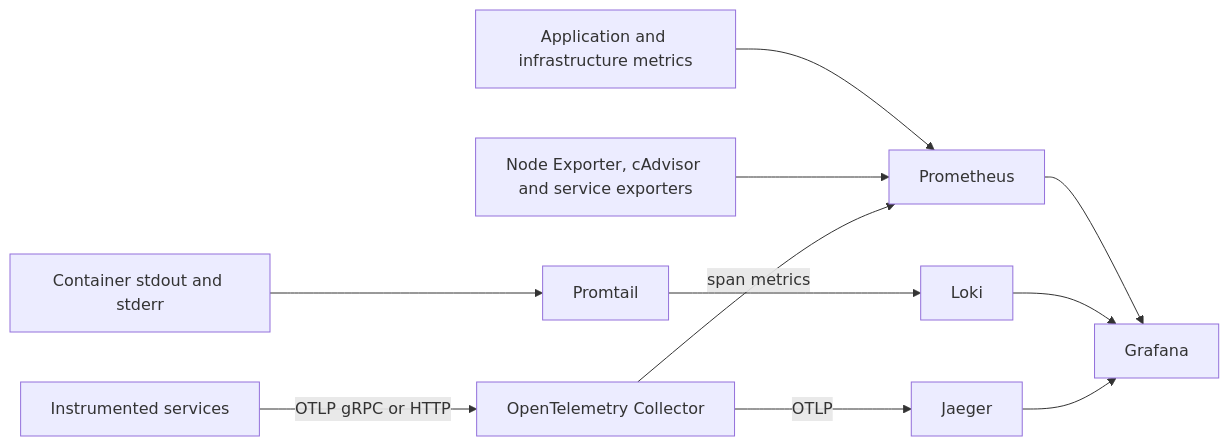
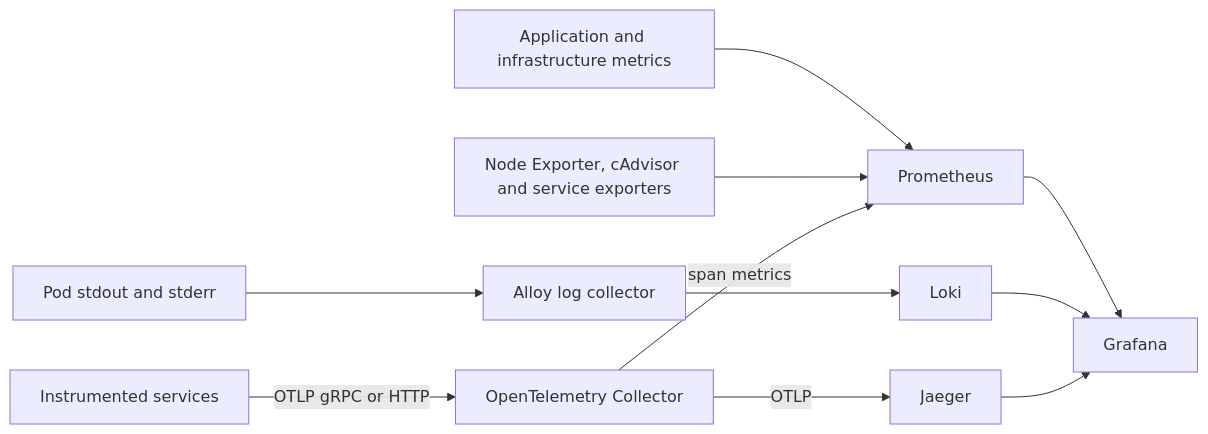
One commit to zlovtnik/ssl-proxy changed the diagram in docs/observability-architecture-jaeger.md. Above: the diagram before and after it, drawn with Mermaid. The commit also changed other lines of this file and 26 other files, not shown here.

````diff
--- a/docs/observability-architecture-jaeger.md
+++ b/docs/observability-architecture-jaeger.md
@@ -9,16 +9,16 @@
 ```mermaid
 flowchart LR
-    containers[Container stdout and stderr] --> promtail[Promtail]
-    promtail --> loki[Loki]
+    pods[Pod stdout and stderr] --> alloy[Alloy log collector]
+    alloy --> loki[Loki]
 
     apps[Application and infrastructure metrics] --> prometheus[Prometheus]
     exporters[Node Exporter, cAdvisor and service exporters] --> prometheus
 
     instrumented[Instrumented services] -->|OTLP gRPC or HTTP| collector[OpenTelemetry Collector]
     collector -->|OTLP| jaeger[Jaeger]
     collector -->|span metrics| prometheus
 
     prometheus --> grafana[Grafana]
     loki --> grafana
     jaeger --> grafana
 ```
````
